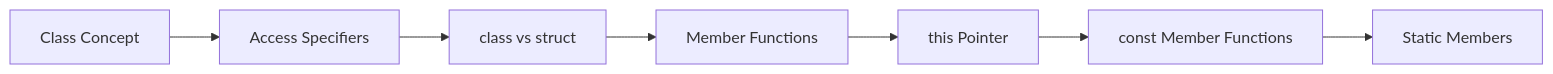
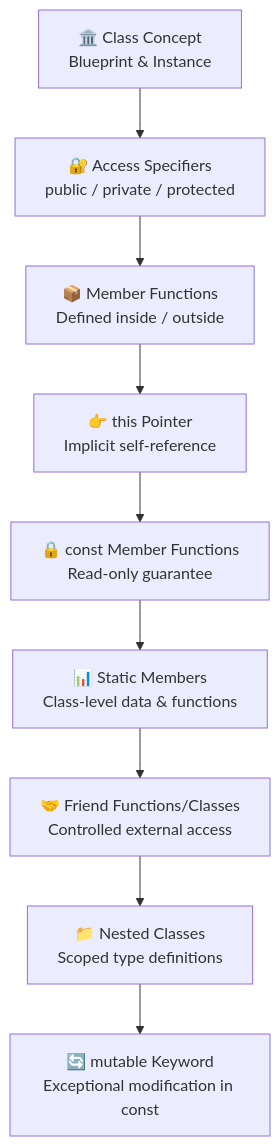
The diagram in docs/courses/oop-cpp/02-classes-objects.md (Raushan666java/ai-engineering-journey), drawn with Mermaid before and after one commit. The commit also changed other lines of this file and 15 other files, not shown here.

````diff
--- a/docs/courses/oop-cpp/02-classes-objects.md
+++ b/docs/courses/oop-cpp/02-classes-objects.md
@@ -30,9 +23,11 @@
 ```mermaid
-flowchart LR
-    A[Class Concept] --> B[Access Specifiers]
-    B --> C[class vs struct]
-    C --> D[Member Functions]
-    D --> E[this Pointer]
-    E --> F[const Member Functions]
-    F --> G[Static Members]
+flowchart TD
+    A["🏛️ Class Concept<br/>Blueprint & Instance"] --> B["🔐 Access Specifiers<br/>public / private / protected"]
+    B --> C["📦 Member Functions<br/>Defined inside / outside"]
+    C --> D["👉 this Pointer<br/>Implicit self-reference"]
+    D --> E["🔒 const Member Functions<br/>Read-only guarantee"]
+    E --> F["📊 Static Members<br/>Class-level data & functions"]
+    F --> G["🤝 Friend Functions/Classes<br/>Controlled external access"]
+    G --> H["📁 Nested Classes<br/>Scoped type definitions"]
+    H --> I["🔄 mutable Keyword<br/>Exceptional modification in const"]
 ```
````
